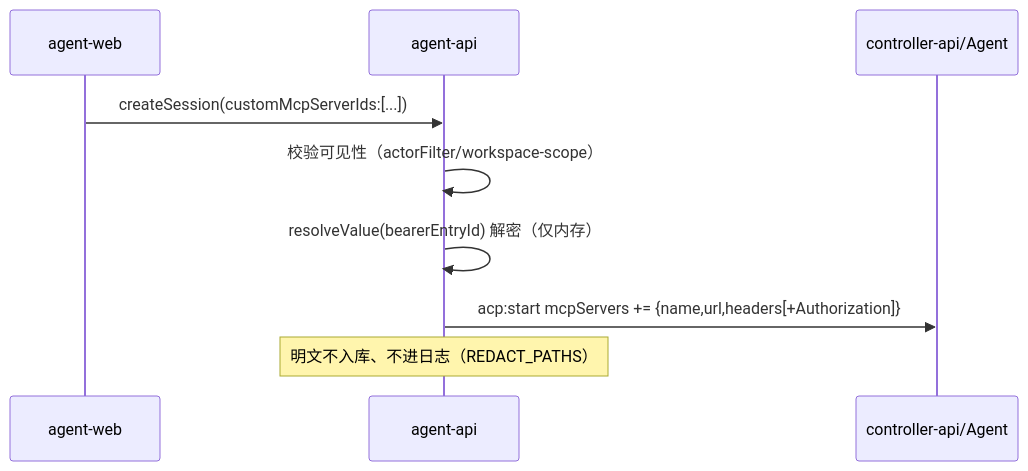
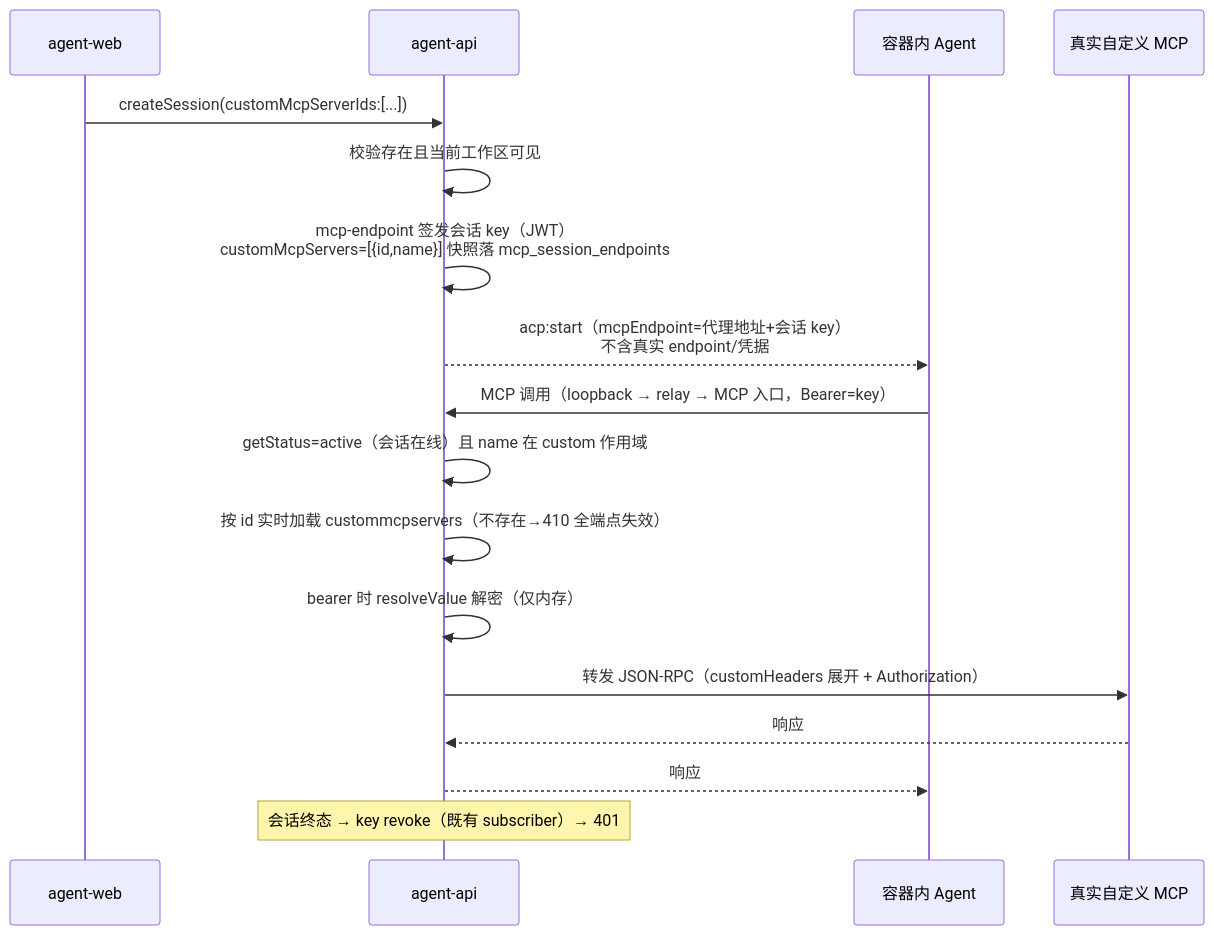
Before and after one commit to Deliay/z-agent-gear: the fourth of 5 diagrams in docs/engineering/proposals/20261104-feat-mcp-valut-iteration.md, drawn with Mermaid. The commit also changed other lines of this file and 3 other files, not shown here.

````diff
--- a/docs/engineering/proposals/20261104-feat-mcp-valut-iteration.md
+++ b/docs/engineering/proposals/20261104-feat-mcp-valut-iteration.md
@@ -388,11 +414,19 @@
 ```mermaid
 sequenceDiagram
     participant W as agent-web
     participant A as agent-api
-    participant C as controller-api/Agent
+    participant G as 容器内 Agent
+    participant X as 真实自定义 MCP
     W->>A: createSession(customMcpServerIds:[...])
-    A->>A: 校验可见性（actorFilter/workspace-scope）
-    A->>A: resolveValue(bearerEntryId) 解密（仅内存）
-    A->>C: acp:start mcpServers += {name,url,headers[+Authorization]}
-    Note over A: 明文不入库、不进日志（REDACT_PATHS）
+    A->>A: 校验存在且当前工作区可见
+    A->>A: mcp-endpoint 签发会话 key（JWT）<br/>customMcpServers=[{id,name}] 快照落 mcp_session_endpoints
+    A-->>G: acp:start（mcpEndpoint=代理地址+会话 key）<br/>不含真实 endpoint/凭据
+    G->>A: MCP 调用（loopback → relay → MCP 入口，Bearer=key）
+    A->>A: getStatus=active（会话在线）且 name 在 custom 作用域
+    A->>A: 按 id 实时加载 custommcpservers（不存在→410 全端点失效）
+    A->>A: bearer 时 resolveValue 解密（仅内存）
+    A->>X: 转发 JSON-RPC（customHeaders 展开 + Authorization）
+    X-->>A: 响应
+    A-->>G: 响应
+    Note over A: 会话终态 → key revoke（既有 subscriber）→ 401
 ```
````
